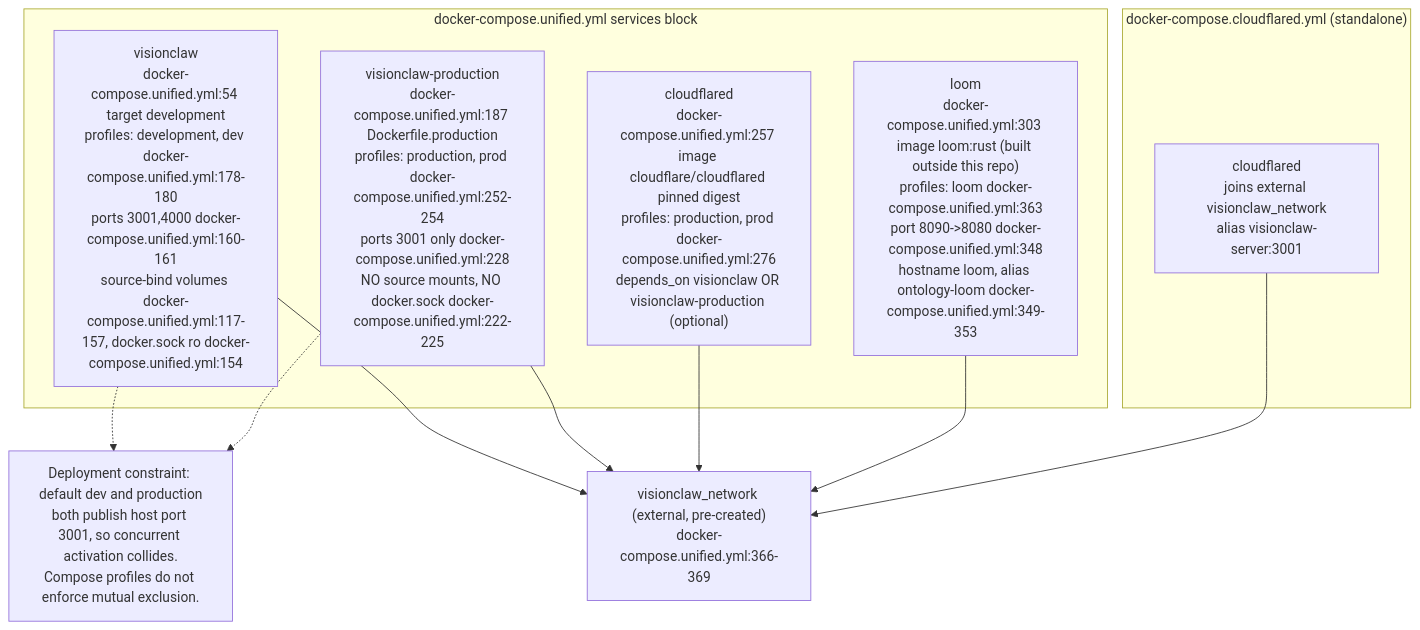
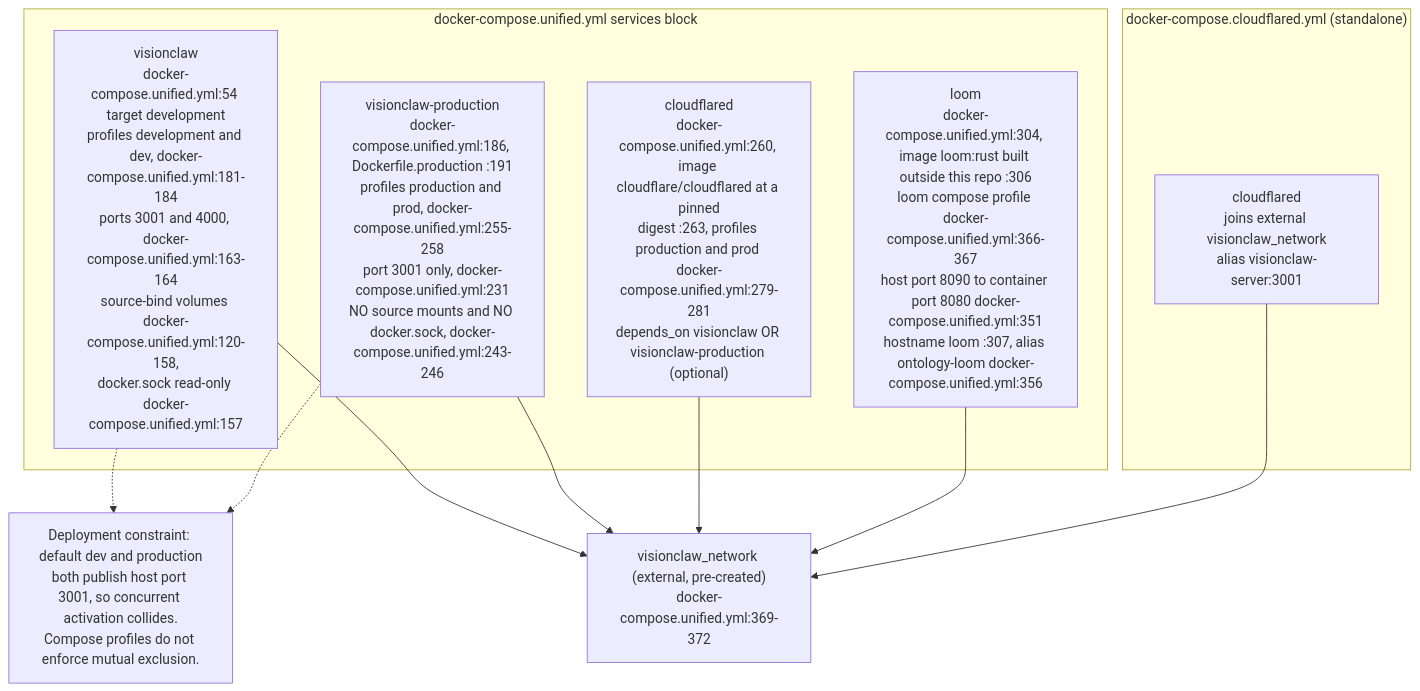
One commit to DreamLab-AI/VisionFlow changed the eighth of 23 diagrams in docs/diagrams/estate/09-build-deploy-and-ci-estate.md. Above: the diagram before and after it, drawn with Mermaid. The commit also changed other lines of this file and 12 other files, not shown here.

````diff
--- a/docs/diagrams/estate/09-build-deploy-and-ci-estate.md
+++ b/docs/diagrams/estate/09-build-deploy-and-ci-estate.md
@@ -285,23 +285,23 @@
 ```mermaid
 flowchart TB
     subgraph PROFILES["docker-compose.unified.yml services block"]
-        DEVSVC["visionclaw<br/>docker-compose.unified.yml:54 target development<br/>profiles: development, dev docker-compose.unified.yml:178-180<br/>ports 3001,4000 docker-compose.unified.yml:160-161<br/>source-bind volumes docker-compose.unified.yml:117-157, docker.sock ro docker-compose.unified.yml:154"]
-        PRODSVC["visionclaw-production<br/>docker-compose.unified.yml:187 Dockerfile.production<br/>profiles: production, prod docker-compose.unified.yml:252-254<br/>ports 3001 only docker-compose.unified.yml:228<br/>NO source mounts, NO docker.sock docker-compose.unified.yml:222-225"]
-        CLOUDFLARED["cloudflared<br/>docker-compose.unified.yml:257 image cloudflare/cloudflared pinned digest<br/>profiles: production, prod docker-compose.unified.yml:276<br/>depends_on visionclaw OR visionclaw-production (optional)"]
-        LOOM["loom<br/>docker-compose.unified.yml:303 image loom:rust (built outside this repo)<br/>profiles: loom docker-compose.unified.yml:363<br/>port 8090->8080 docker-compose.unified.yml:348<br/>hostname loom, alias ontology-loom docker-compose.unified.yml:349-353"]
+        DEVSVC["visionclaw<br/>docker-compose.unified.yml:54 target development<br/>profiles development and dev, docker-compose.unified.yml:181-184<br/>ports 3001 and 4000, docker-compose.unified.yml:163-164<br/>source-bind volumes docker-compose.unified.yml:120-158,<br/>docker.sock read-only docker-compose.unified.yml:157"]
+        PRODSVC["visionclaw-production<br/>docker-compose.unified.yml:186, Dockerfile.production :191<br/>profiles production and prod, docker-compose.unified.yml:255-258<br/>port 3001 only, docker-compose.unified.yml:231<br/>NO source mounts and NO docker.sock, docker-compose.unified.yml:243-246"]
+        CLOUDFLARED["cloudflared<br/>docker-compose.unified.yml:260, image cloudflare/cloudflared at a pinned<br/>digest :263, profiles production and prod docker-compose.unified.yml:279-281<br/>depends_on visionclaw OR visionclaw-production (optional)"]
+        LOOM["loom<br/>docker-compose.unified.yml:304, image loom:rust built outside this repo :306<br/>loom compose profile docker-compose.unified.yml:366-367<br/>host port 8090 to container port 8080 docker-compose.unified.yml:351<br/>hostname loom :307, alias ontology-loom docker-compose.unified.yml:356"]
     end
     subgraph EXTFILE["docker-compose.cloudflared.yml (standalone)"]
         CFSTANDALONE["cloudflared<br/>joins external visionclaw_network<br/>alias visionclaw-server:3001"]
     end
-    NET["visionclaw_network (external, pre-created)<br/>docker-compose.unified.yml:366-369"]
+    NET["visionclaw_network (external, pre-created)<br/>docker-compose.unified.yml:369-372"]
 
     DEVSVC --> NET
     PRODSVC --> NET
     CLOUDFLARED --> NET
     LOOM --> NET
     CFSTANDALONE --> NET
 
     GATE["Deployment constraint: default dev and production<br/>both publish host port 3001, so concurrent activation collides.<br/>Compose profiles do not enforce mutual exclusion."]
     DEVSVC -.-> GATE
     PRODSVC -.-> GATE
 ```
````
